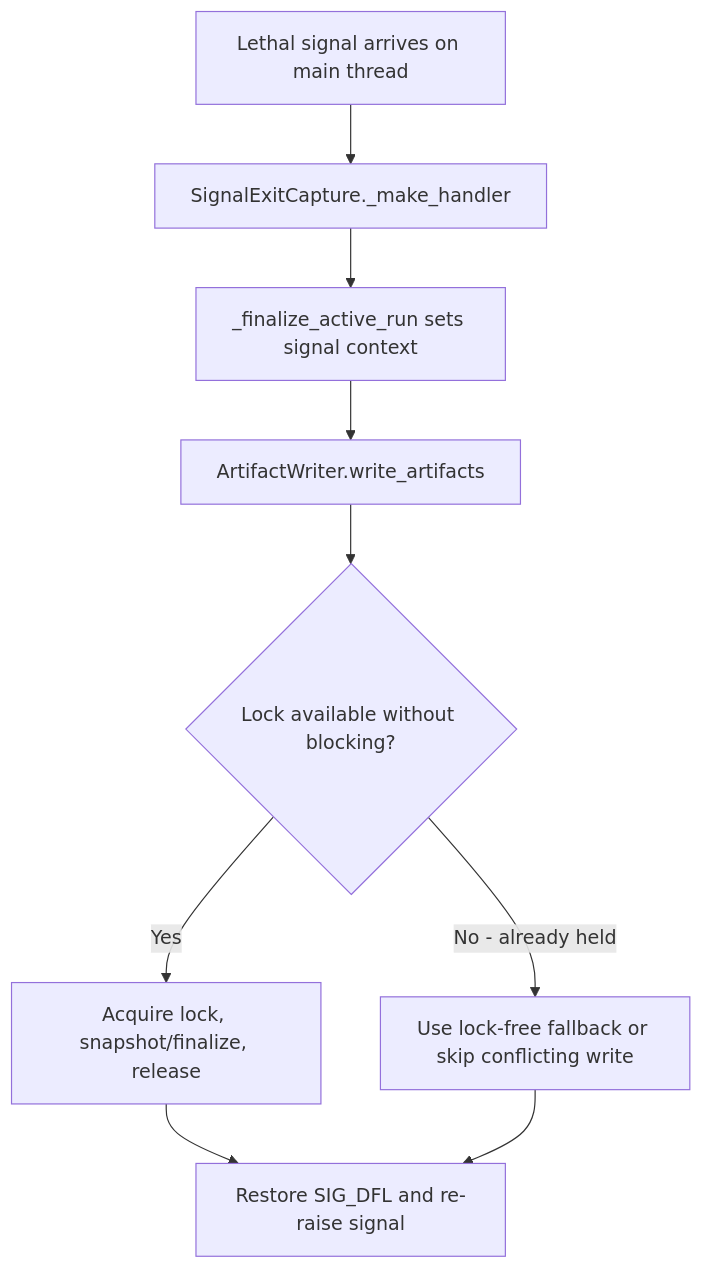
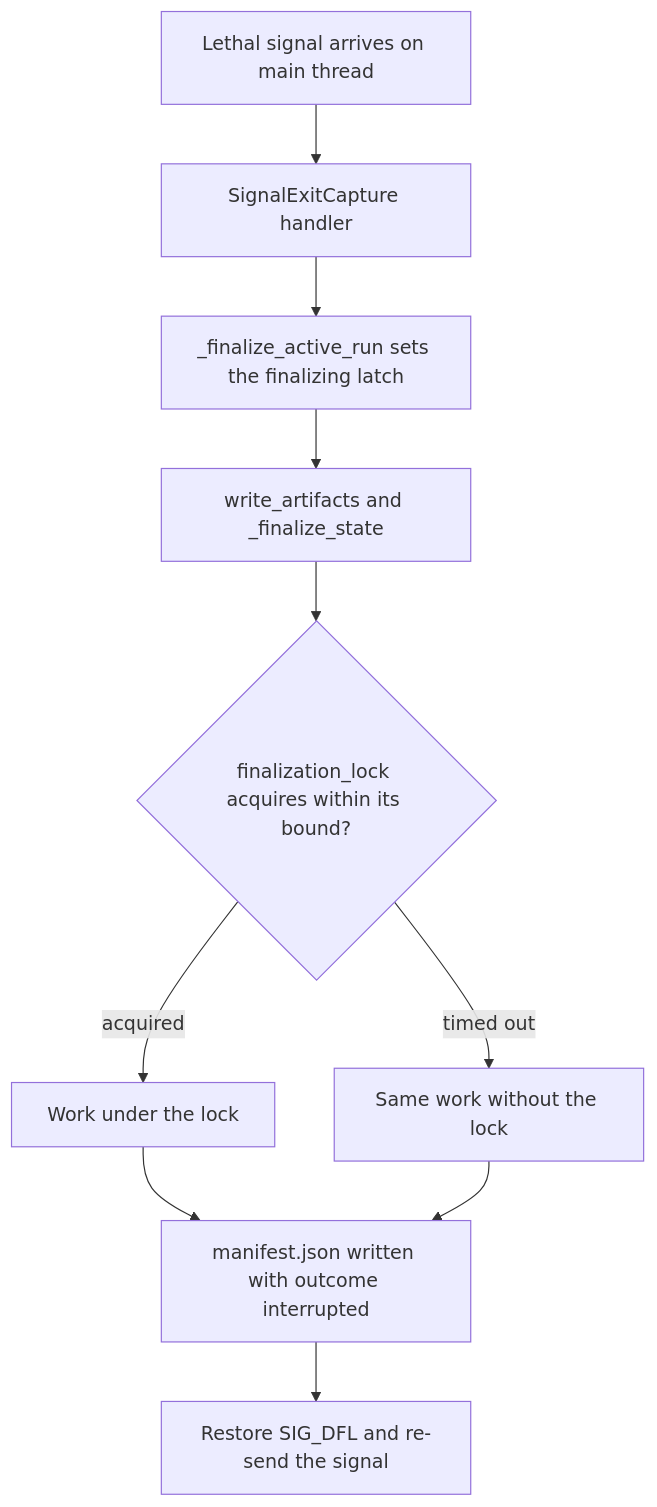
Before and after one commit to fariello/pubrun: the diagram in .aw/records/plans/pending/20261123-a0o2xx-01-zcuoll-audit-lock-ordering-and-prevent-re-entrant-deadlocks-in-leth.ipd.md, drawn with Mermaid. The commit also changed other lines of this file and 1 other file, not shown here.

````diff
--- a/.aw/records/plans/pending/20261123-a0o2xx-01-zcuoll-audit-lock-ordering-and-prevent-re-entrant-deadlocks-in-leth.ipd.md
+++ b/.aw/records/plans/pending/20261123-a0o2xx-01-zcuoll-audit-lock-ordering-and-prevent-re-entrant-deadlocks-in-leth.ipd.md
@@ -77,11 +128,12 @@
 ```mermaid
 flowchart TD
-    S[Lethal signal arrives on main thread] --> H[SignalExitCapture._make_handler]
-    H --> F[_finalize_active_run sets signal context]
-    F --> W[ArtifactWriter.write_artifacts]
-    W --> L{Lock available without blocking?}
-    L -->|Yes| A[Acquire lock, snapshot/finalize, release]
-    L -->|No - already held| B[Use lock-free fallback or skip conflicting write]
-    A --> R[Restore SIG_DFL and re-raise signal]
-    B --> R
+    S[Lethal signal arrives on main thread] --> H[SignalExitCapture handler]
+    H --> F[_finalize_active_run sets the finalizing latch]
+    F --> W[write_artifacts and _finalize_state]
+    W --> L{finalization_lock acquires within its bound?}
+    L -->|acquired| A[Work under the lock]
+    L -->|timed out| B[Same work without the lock]
+    A --> M[manifest.json written with outcome interrupted]
+    B --> M
+    M --> R[Restore SIG_DFL and re-send the signal]
 ```
````
